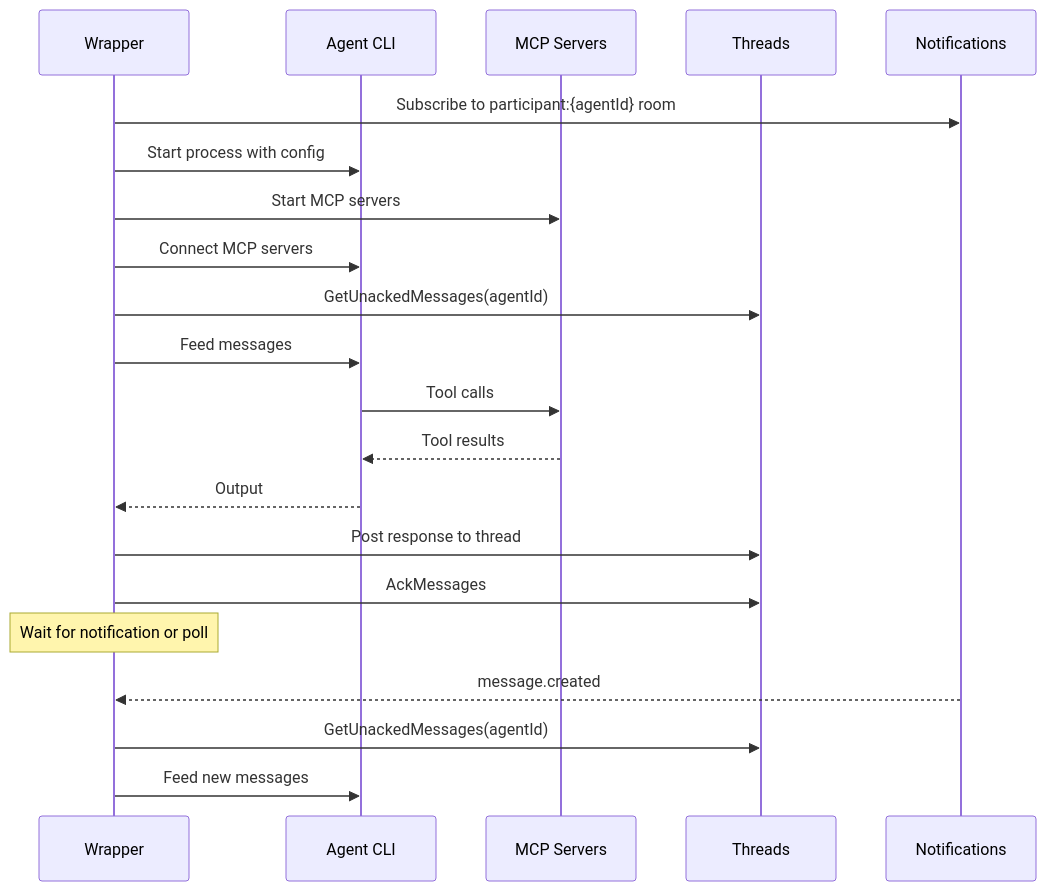
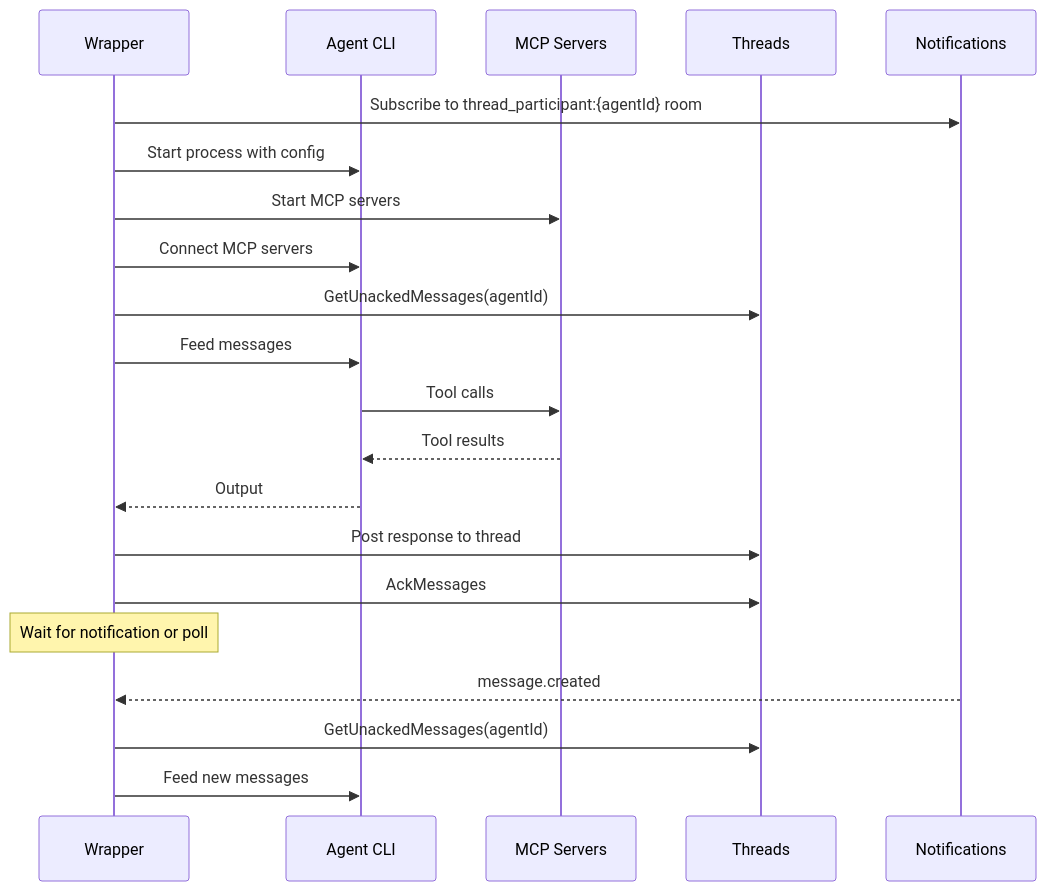
Before and after one commit to agynio/architecture: the third of 4 diagrams in architecture/agent/overview.md, drawn with Mermaid. The commit also changed other lines of this file and 3 other files, not shown here.

First line of the commit message:
Rename room to thread_participant, centralize sync protocol in notifications

````diff
--- a/architecture/agent/overview.md
+++ b/architecture/agent/overview.md
@@ -109,24 +108,24 @@
 ```mermaid
 sequenceDiagram
     participant W as Wrapper
     participant CLI as Agent CLI
     participant MCP as MCP Servers
     participant T as Threads
     participant N as Notifications
 
-    W->>N: Subscribe to participant:{agentId} room
+    W->>N: Subscribe to thread_participant:{agentId} room
     W->>CLI: Start process with config
     W->>MCP: Start MCP servers
     W->>CLI: Connect MCP servers
     W->>T: GetUnackedMessages(agentId)
     W->>CLI: Feed messages
     CLI->>MCP: Tool calls
     MCP-->>CLI: Tool results
     CLI-->>W: Output
     W->>T: Post response to thread
     W->>T: AckMessages
     Note over W: Wait for notification or poll
     N-->>W: message.created
     W->>T: GetUnackedMessages(agentId)
     W->>CLI: Feed new messages
 ```
````
